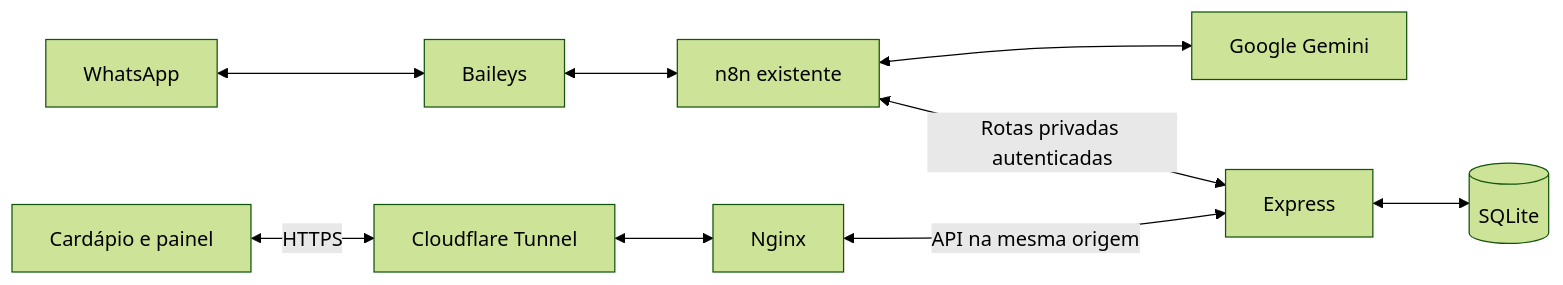
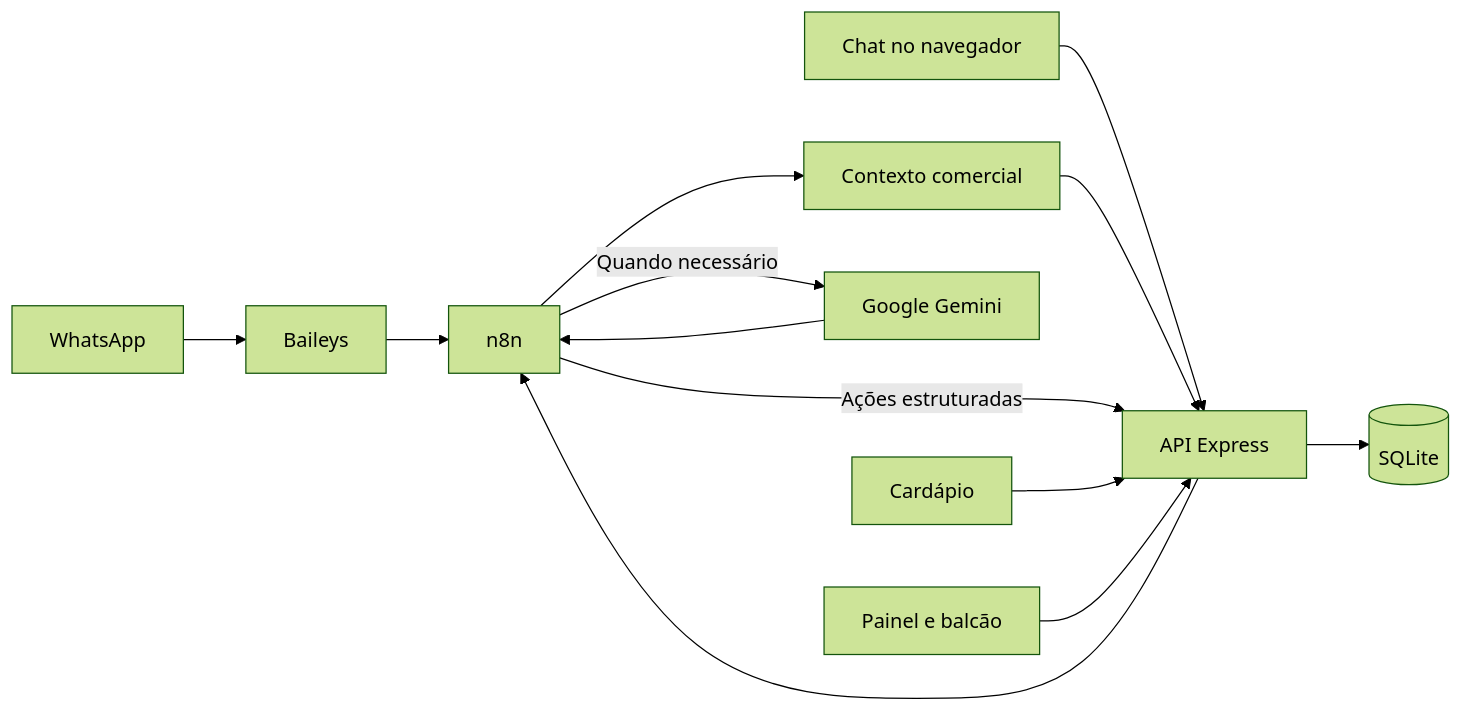
One commit to santirinetech/galetobot-mvp changed the diagram in README.md. Above: the diagram before and after it, drawn with Mermaid (forest theme). The commit also changed other lines of this file and 5 other files, not shown here.

````diff
--- a/README.md
+++ b/README.md
@@ -15,11 +26,15 @@
 ```mermaid
 flowchart LR
-    W[WhatsApp] <--> B[Baileys]
-    B <--> N[n8n existente]
-    N <--> G[Google Gemini]
-    N <-->|Rotas privadas autenticadas| A[Express]
-    A <--> D[(SQLite)]
-    U[Cardápio e painel] <-->|HTTPS| T[Cloudflare Tunnel]
-    T <--> P[Nginx]
-    P <-->|API na mesma origem| A
+    WA[WhatsApp] --> B[Baileys]
+    B --> N[n8n]
+    Web[Chat no navegador] --> A[API Express]
+    A --> N
+    N --> C[Contexto comercial]
+    C --> A
+    N -->|Quando necessário| G[Google Gemini]
+    G --> N
+    N -->|Ações estruturadas| A
+    M[Cardápio] --> A
+    P[Painel e balcão] --> A
+    A --> DB[(SQLite)]
 ```
````
